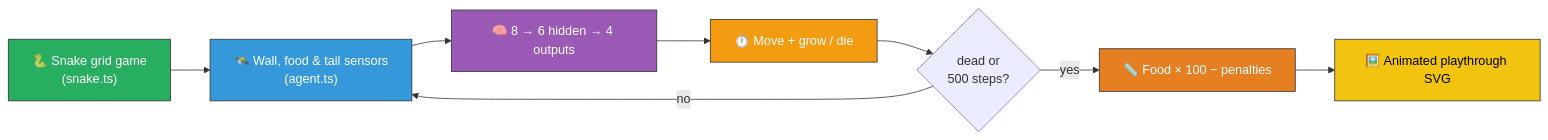
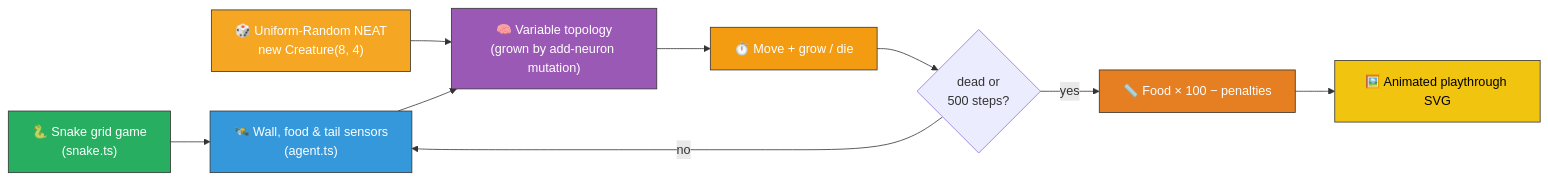
Before and after one commit to stSoftwareAU/NEAT-AI-Examples: the diagram in snake_game/README.md, drawn with Mermaid. The commit also changed other lines of this file and 6 other files, not shown here.

First line of the commit message:
snake_game: evolve from uniform-random NEAT noise (#150)

````diff
--- a/snake_game/README.md
+++ b/snake_game/README.md
@@ -31,21 +39,24 @@
 ```mermaid
 flowchart LR
     GAME["🐍 Snake grid game<br/>(snake.ts)"]
     SENSE["🛰️ Wall, food &amp; tail sensors<br/>(agent.ts)"]
-    POLICY["🧠 8 → 6 hidden → 4 outputs"]
+    INIT["🎲 Uniform-Random NEAT<br/>new Creature(8, 4)"]
+    POLICY["🧠 Variable topology<br/>(grown by add-neuron mutation)"]
     STEP["⏱️ Move + grow / die"]
     DONE{"dead or<br/>500 steps?"}
     SCORE["📏 Food × 100 − penalties"]
     SVG["🖼️ Animated playthrough SVG"]
 
+    INIT --> POLICY
     GAME --> SENSE --> POLICY --> STEP --> DONE
     DONE -- no --> SENSE
     DONE -- yes --> SCORE --> SVG
 
     style GAME fill:#27ae60,stroke:#333,color:#fff
     style SENSE fill:#3498db,stroke:#333,color:#fff
+    style INIT fill:#f5a623,stroke:#333,color:#fff
     style POLICY fill:#9b59b6,stroke:#333,color:#fff
     style STEP fill:#f39c12,stroke:#333,color:#fff
     style SCORE fill:#e67e22,stroke:#333,color:#fff
     style SVG fill:#f1c40f,stroke:#333,color:#000
 ```
````
